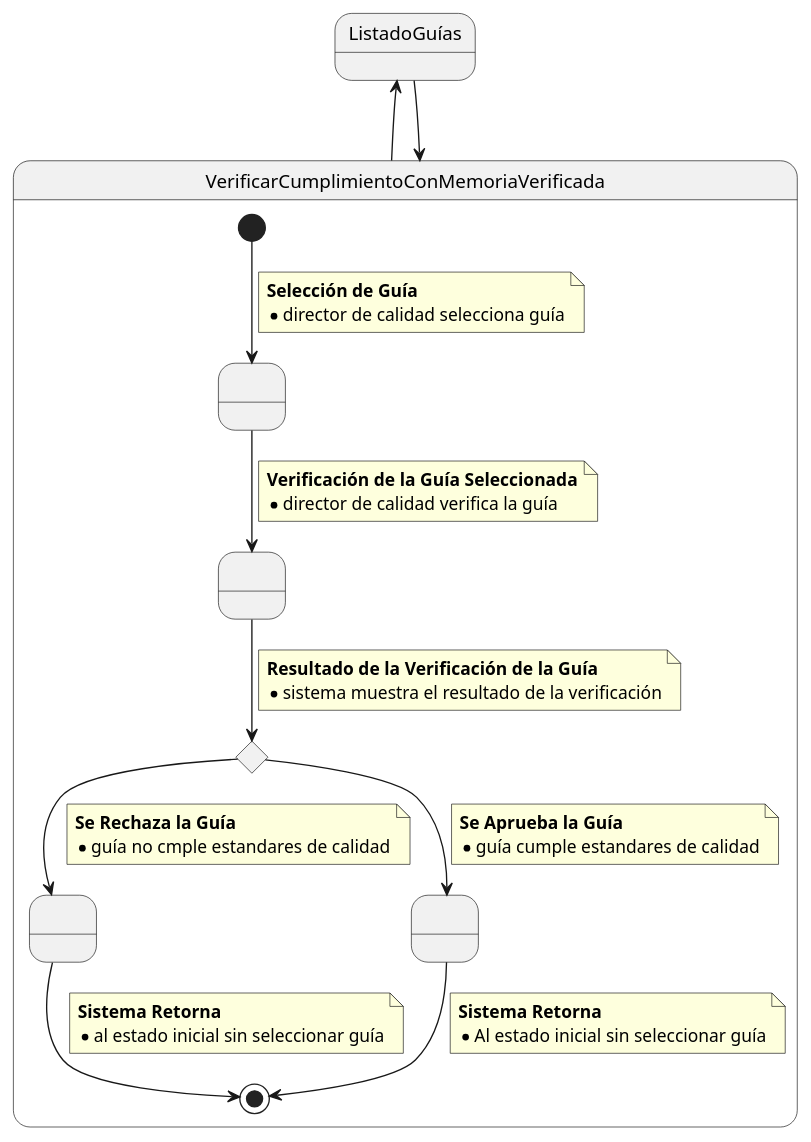
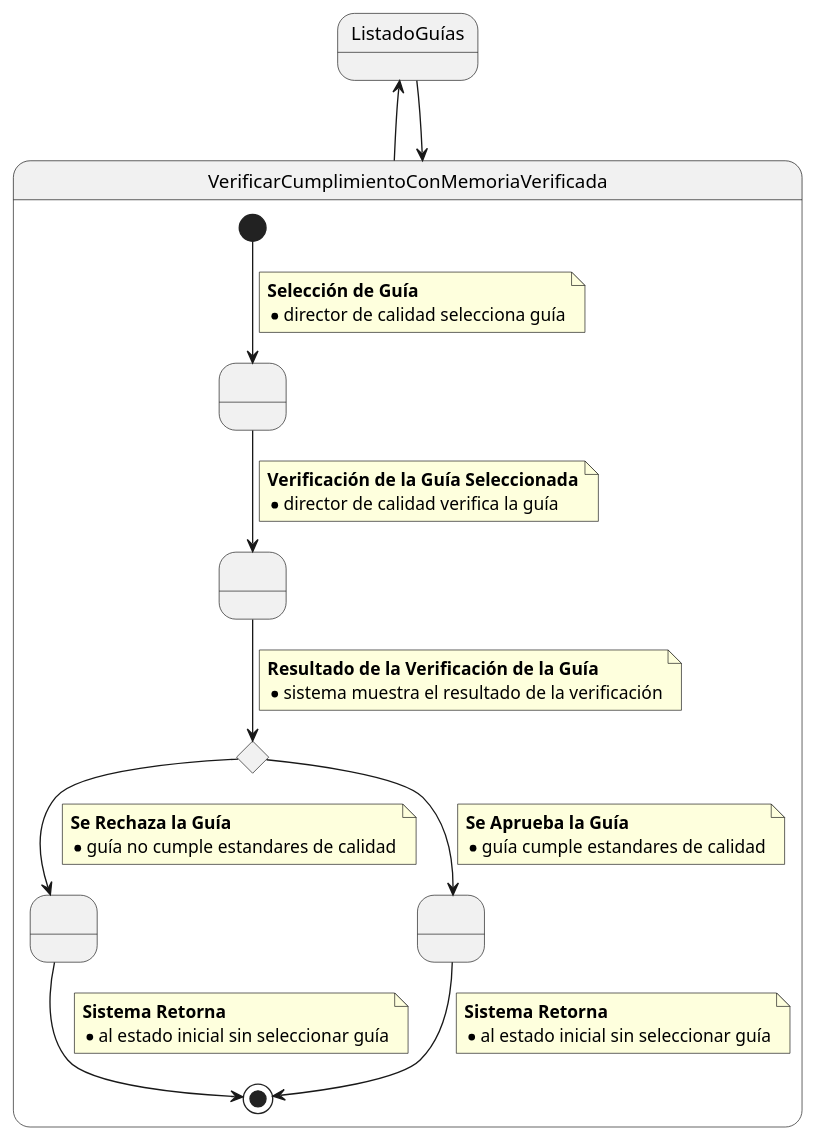
One commit to mmasias/24-25-IdSw1-SDR changed the diagram in CasosDeUso/Actividades/Detallados/VerificarGD.puml. Above: the diagram before and after it, drawn with PlantUML.

```diff
--- a/CasosDeUso/Actividades/Detallados/VerificarGD.puml
+++ b/CasosDeUso/Actividades/Detallados/VerificarGD.puml
@@ -1,57 +1,57 @@
 @startuml
 ListadoGuías -up-> VerificarCumplimientoConMemoriaVerificada
 
 state VerificarCumplimientoConMemoriaVerificada {
     state SeleccionarGuia as " "
     state VerificarGuia as " "
     state ResultadoVerificacion <<choice>>
     state GuiaNoCumpleRequisitos as " "
     state GuiaCumpleRequisitos as " "
 
 
     [*] --> SeleccionarGuia
     note on link
     <b>Selección de Guía</b>
     * director de calidad selecciona guía
     end note
 
     SeleccionarGuia --> VerificarGuia
     note on link
     <b>Verificación de la Guía Seleccionada</b>
     * director de calidad verifica la guía
     end note
 
     VerificarGuia --> ResultadoVerificacion
     note on link
     <b>Resultado de la Verificación de la Guía</b>
     * sistema muestra el resultado de la verificación
     end note
 
     ResultadoVerificacion -->  GuiaNoCumpleRequisitos
     note on link
     <b>Se Rechaza la Guía</b>
-    * guía no cmple estandares de calidad
+    * guía no cumple estandares de calidad
     end note
 
      GuiaNoCumpleRequisitos --> [*]
     note on link
     <b>Sistema Retorna</b>
     * al estado inicial sin seleccionar guía
     end note
 
     ResultadoVerificacion -->  GuiaCumpleRequisitos
     note on link
     <b>Se Aprueba la Guía</b>
     * guía cumple estandares de calidad
     end note
     
     GuiaCumpleRequisitos --> [*]
     note on link
     <b>Sistema Retorna</b>
-    * Al estado inicial sin seleccionar guía
+    * al estado inicial sin seleccionar guía
     end note
     
 }
 
 VerificarCumplimientoConMemoriaVerificada -up-> ListadoGuías
 @enduml
```
